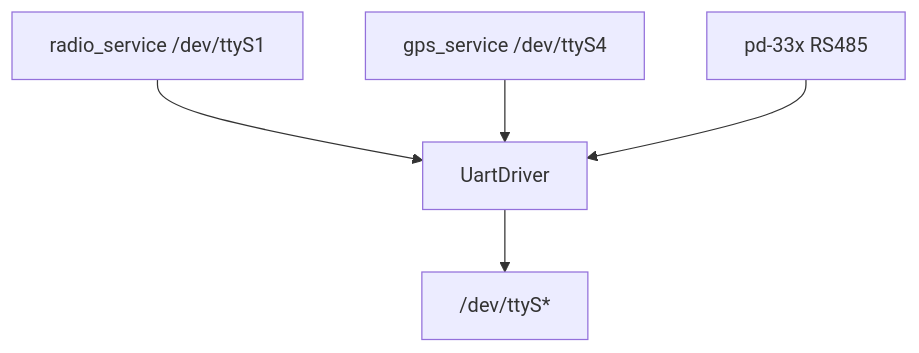
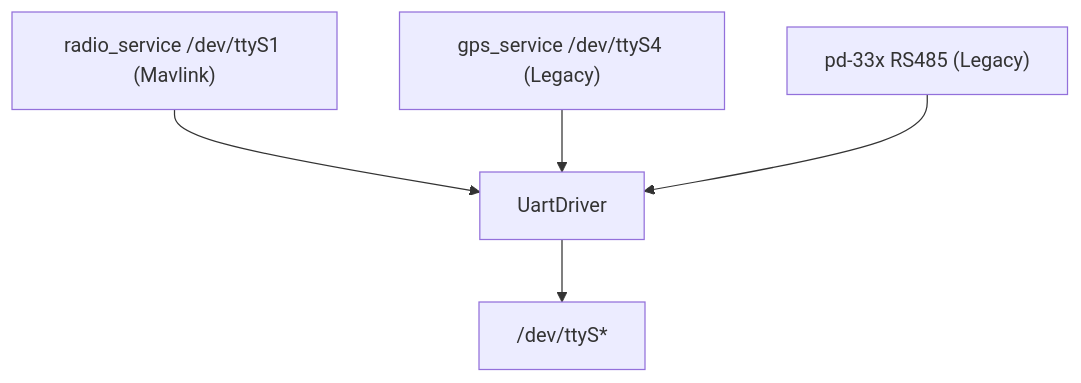
Before and after one commit to Simba-Avionic/srp: the diagram in core/uart/README.md, drawn with Mermaid. The commit also changed other lines of this file and 27 other files, not shown here.

First line of the commit message:
Unify UART drivers in core/uart with configurable presets (Legacy, Mavlink) (#406)

````diff
--- a/core/uart/README.md
+++ b/core/uart/README.md
@@ -18,7 +28,7 @@
 ```mermaid
 flowchart TB
-  Radio[radio_service /dev/ttyS1] --> UART[UartDriver]
-  GPS[gps_service /dev/ttyS4] --> UART
-  RS[pd-33x RS485] --> UART
+  Radio["radio_service /dev/ttyS1 (Mavlink)"] --> UART[UartDriver]
+  GPS["gps_service /dev/ttyS4 (Legacy)"] --> UART
+  RS["pd-33x RS485 (Legacy)"] --> UART
   UART --> TTY["/dev/ttyS*"]
 ```
````
